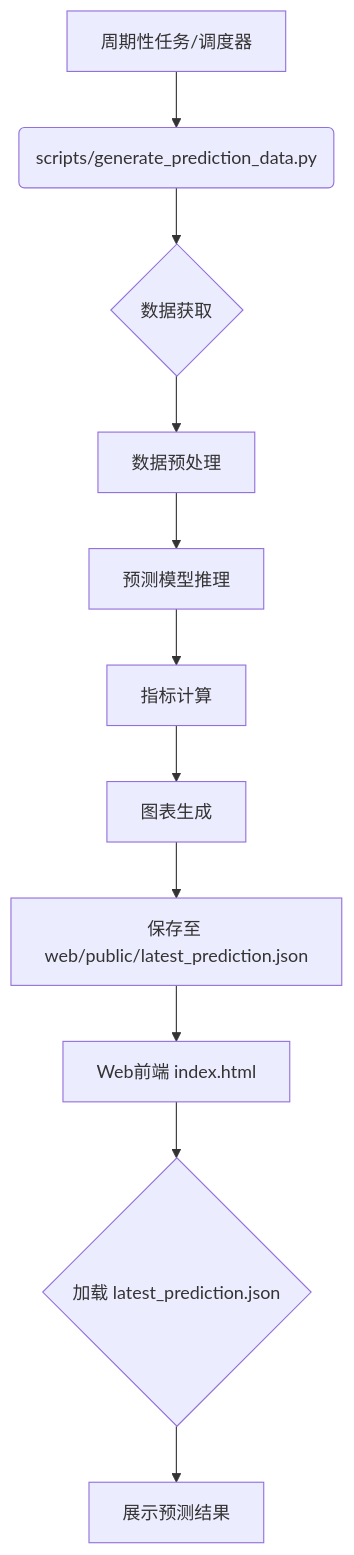
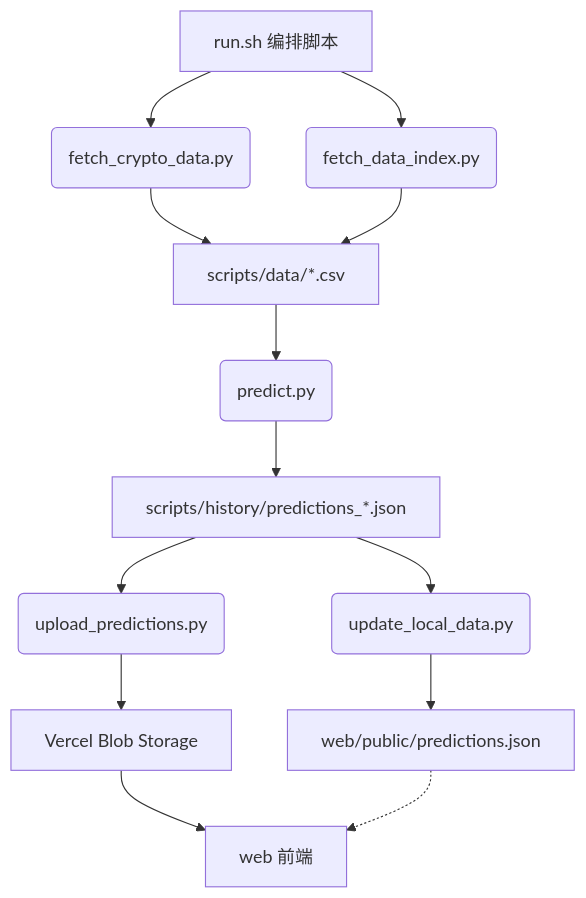
The diagram in README.md (kuhung/k-online), drawn with Mermaid before and after one commit. The commit also changed other lines of this file and 9 other files, not shown here.

````diff
--- a/README.md
+++ b/README.md
@@ -32,13 +22,15 @@
 ```mermaid
 graph TD;
-    A[周期性任务/调度器] --> B(scripts/generate_prediction_data.py);
-    B --> C{数据获取};
-    C --> D[数据预处理];
-    D --> E[预测模型推理];
-    E --> F[指标计算];
-    F --> G[图表生成];
-    G --> H[保存至 web/public/latest_prediction.json];
-    H --> I[Web前端 index.html];
-    I --> J{加载 latest_prediction.json};
-    J --> K[展示预测结果];
+    A[run.sh 编排脚本] --> B1(fetch_crypto_data.py);
+    A --> B2(fetch_data_index.py);
+    B1 --> C[scripts/data/*.csv];
+    B2 --> C;
+    C --> D(predict.py);
+    D --> E[scripts/history/predictions_*.json];
+    E --> F1(update_local_data.py);
+    E --> F2(upload_predictions.py);
+    F1 --> G[web/public/predictions.json];
+    F2 --> H[Vercel Blob Storage];
+    H --> I[web 前端];
+    G -.-> I;
 ```
````
